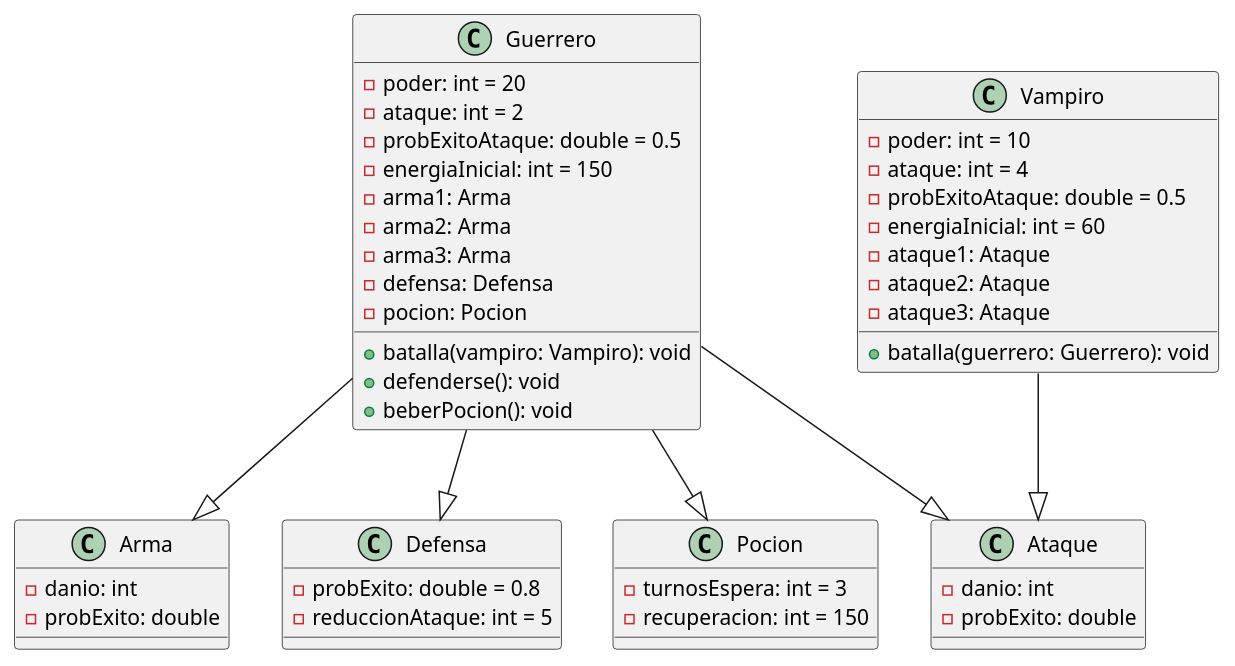
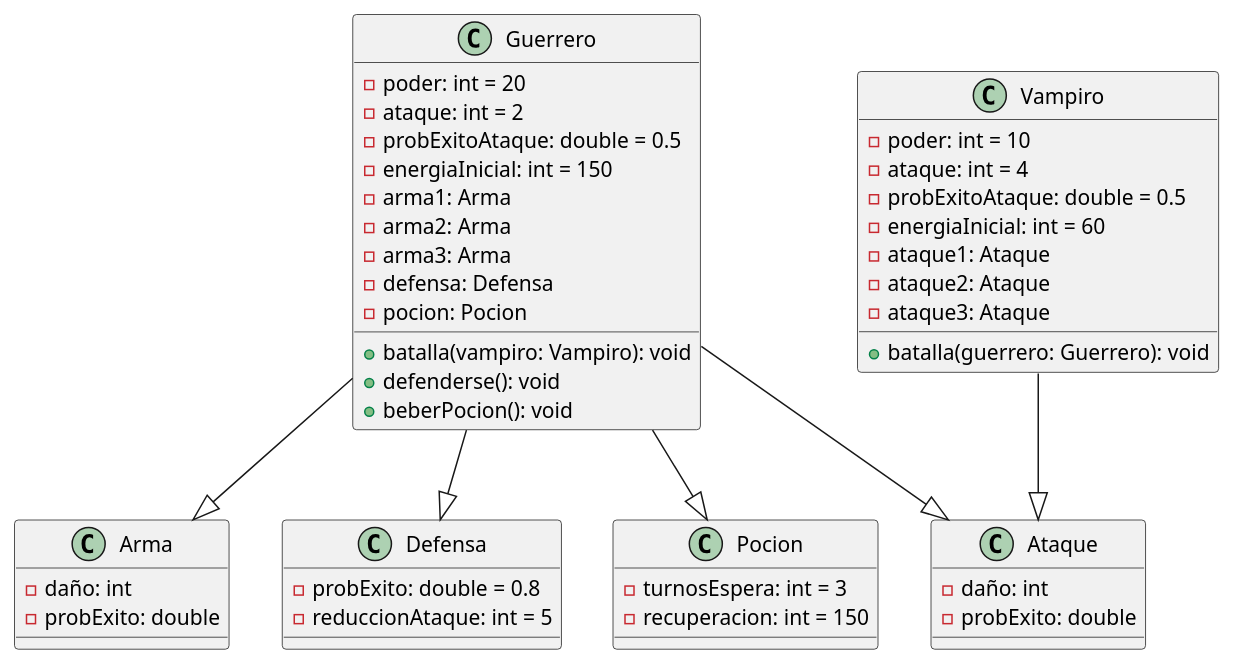
Before and after one commit to mmasias/23-24-IdSw2-SDD: the diagram in modelosUML/diagramaDeClases.puml, drawn with PlantUML.

Commit message:
Cambiando nombre variable diagrama

```diff
--- a/modelosUML/diagramaDeClases.puml
+++ b/modelosUML/diagramaDeClases.puml
@@ -1,56 +1,56 @@
 @startuml
 
 class Guerrero {
   - poder: int = 20
   - ataque: int = 2
   - probExitoAtaque: double = 0.5
   - energiaInicial: int = 150
   - arma1: Arma
   - arma2: Arma
   - arma3: Arma
   - defensa: Defensa
   - pocion: Pocion
   + batalla(vampiro: Vampiro): void
   + defenderse(): void
   + beberPocion(): void
 }
 
 class Vampiro {
   - poder: int = 10
   - ataque: int = 4
   - probExitoAtaque: double = 0.5
   - energiaInicial: int = 60
   - ataque1: Ataque
   - ataque2: Ataque
   - ataque3: Ataque
   + batalla(guerrero: Guerrero): void
 }
 
 class Arma {
-  - danio: int
+  - daño: int
   - probExito: double
 }
 
 class Defensa {
   - probExito: double = 0.8
   - reduccionAtaque: int = 5
 }
 
 class Pocion {
   - turnosEspera: int = 3
   - recuperacion: int = 150
 }
 
 class Ataque {
-  - danio: int
+  - daño: int
   - probExito: double
 }
 
 Guerrero --|> Arma
 Guerrero --|> Defensa
 Guerrero --|> Pocion
 Guerrero --|> Ataque
 
 Vampiro --|> Ataque
 
 @enduml
```
